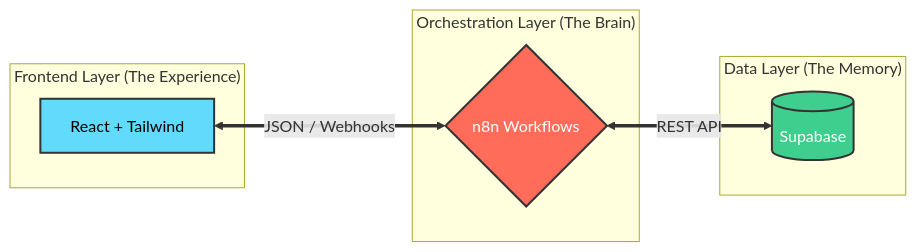
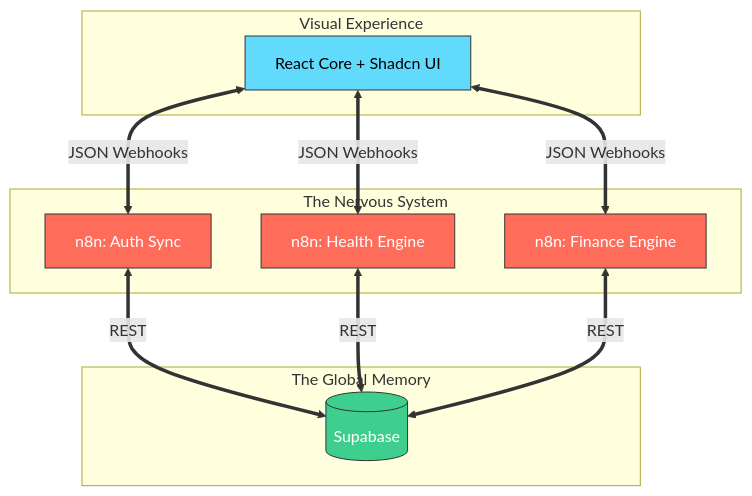
One commit to kodok-ijho/NARA changed the diagram in README.md. Above: the diagram before and after it, drawn with Mermaid. The commit also changed other lines of this file and 1 other file, not shown here.

````diff
--- a/README.md
+++ b/README.md
@@ -56,21 +59,30 @@
 ```mermaid
-graph LR
-    subgraph "Frontend Layer (The Experience)"
-        UI[React + Tailwind]
+graph TD
+    subgraph "Visual Experience"
+        React[React Core + Shadcn UI]
     end
 
-    subgraph "Orchestration Layer (The Brain)"
-        N8N{n8n Workflows}
+    subgraph "The Nervous System"
+        Auth[n8n: Auth Sync]
+        RAGA[n8n: Health Engine]
+        ARTA[n8n: Finance Engine]
     end
 
-    subgraph "Data Layer (The Memory)"
-        SUPA[(Supabase)]
+    subgraph "The Global Memory"
+        DB[(Supabase)]
     end
 
-    UI <== JSON / Webhooks ==> N8N
-    N8N <== REST API ==> SUPA
-    
-    style N8N fill:#FF6D5A,stroke:#333,stroke-width:2px,color:#fff
-    style UI fill:#61DAFB,stroke:#333,stroke-width:2px,color:#000
-    style SUPA fill:#3ECF8E,stroke:#333,stroke-width:2px,color:#fff
+    React <== "JSON Webhooks" ==> Auth
+    React <== "JSON Webhooks" ==> RAGA
+    React <== "JSON Webhooks" ==> ARTA
+
+    Auth <== "REST" ==> DB
+    RAGA <== "REST" ==> DB
+    ARTA <== "REST" ==> DB
+
+    style Auth fill:#FF6D5A,stroke:#333,color:#fff
+    style RAGA fill:#FF6D5A,stroke:#333,color:#fff
+    style ARTA fill:#FF6D5A,stroke:#333,color:#fff
+    style React fill:#61DAFB,stroke:#333,color:#000
+    style DB fill:#3ECF8E,stroke:#333,color:#fff
 ```
````
